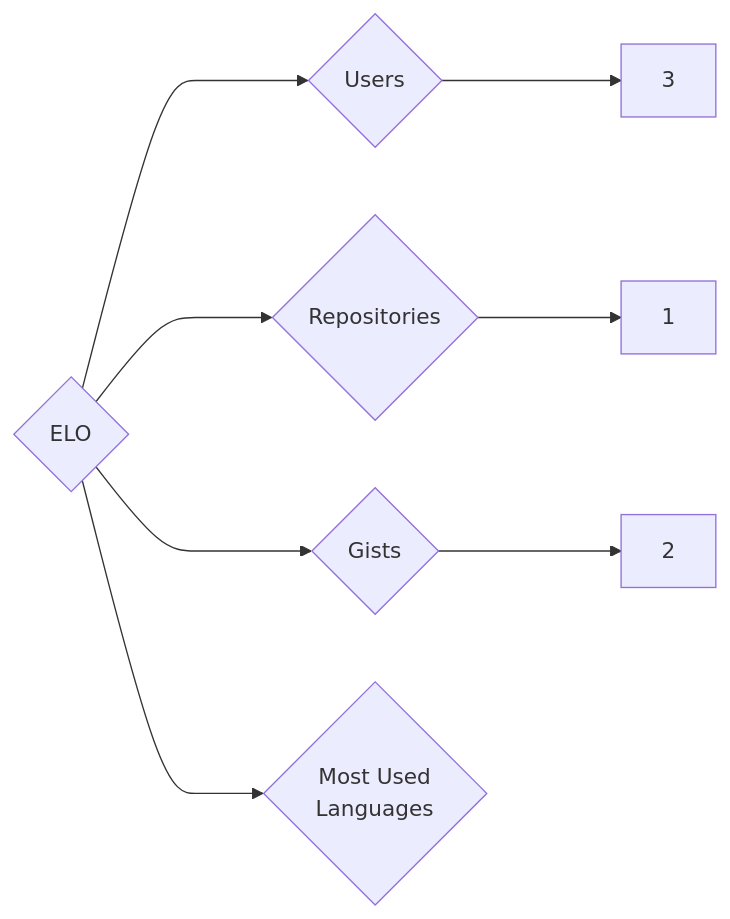
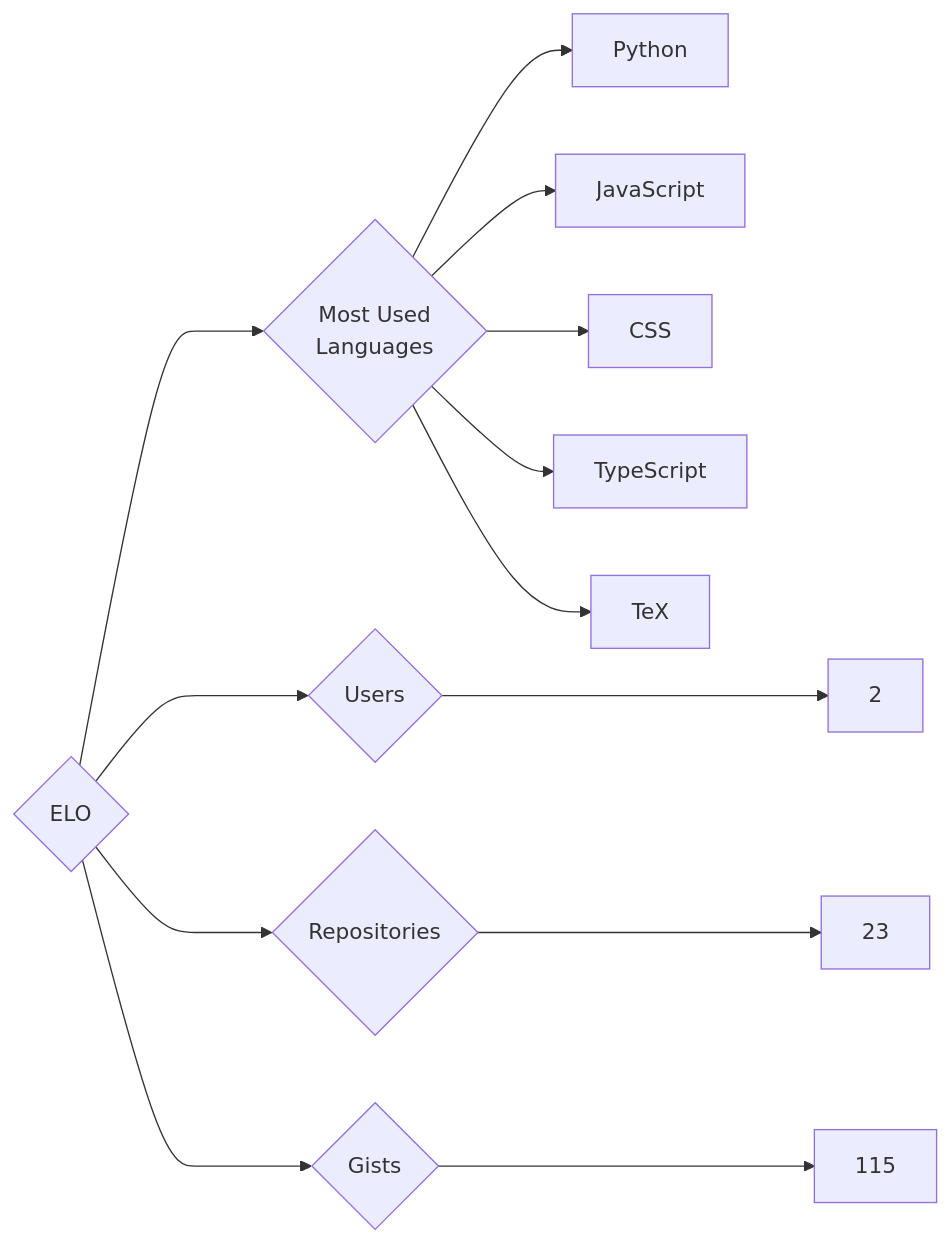
Before and after one commit to trickest/insiders: the diagram in targets/ELO/README.md, drawn with Mermaid. The commit also changed 988 other files, not shown here.

````diff
--- a/targets/ELO/README.md
+++ b/targets/ELO/README.md
@@ -3,8 +3,13 @@
 ```mermaid
 graph LR
 COMPANY_NAME{ELO}
-COMPANY_NAME ---> U{Users} ---> UN[3]
-COMPANY_NAME ---> R{Repositories} ---> RN[1]
-COMPANY_NAME ---> G{Gists} ---> GN[2]
+COMPANY_NAME ---> U{Users} ---> UN[2]
+COMPANY_NAME ---> R{Repositories} ---> RN[23]
+COMPANY_NAME ---> G{Gists} ---> GN[115]
 COMPANY_NAME ---> ML{Most Used<br>Languages}
+ML --> Python[Python]
+ML --> JavaScript[JavaScript]
+ML --> CSS[CSS]
+ML --> TypeScript[TypeScript]
+ML --> TeX[TeX]
 ```
````
